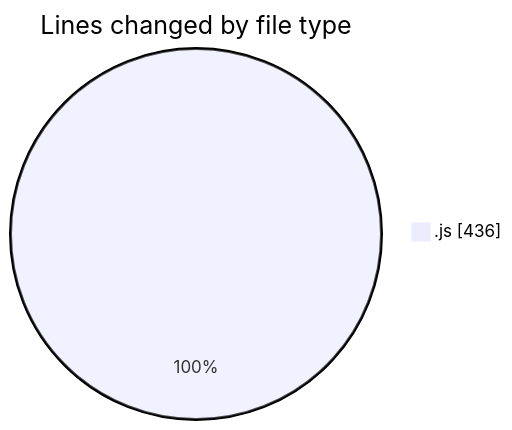
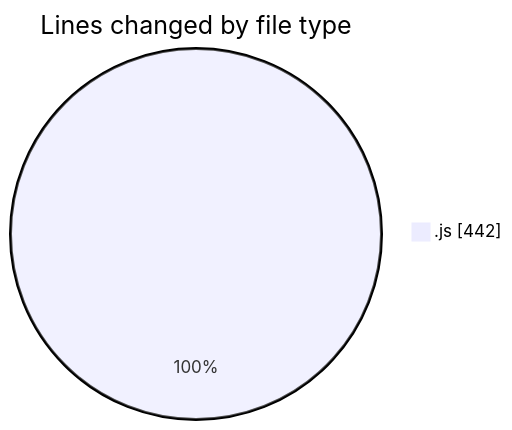
Before and after one commit to nxtqubesakshisongat/code-tracking: the first of 2 diagrams in 2025-09-19/nxtqube_webapp/README.md, drawn with Mermaid. The commit also changed other lines of this file and 1 other file, not shown here.

````diff
--- a/2025-09-19/nxtqube_webapp/README.md
+++ b/2025-09-19/nxtqube_webapp/README.md
@@ -20,5 +20,5 @@
 ```mermaid
 pie showData
 title Lines changed by file type
-".js" : 436
+".js" : 442
 ```
````
